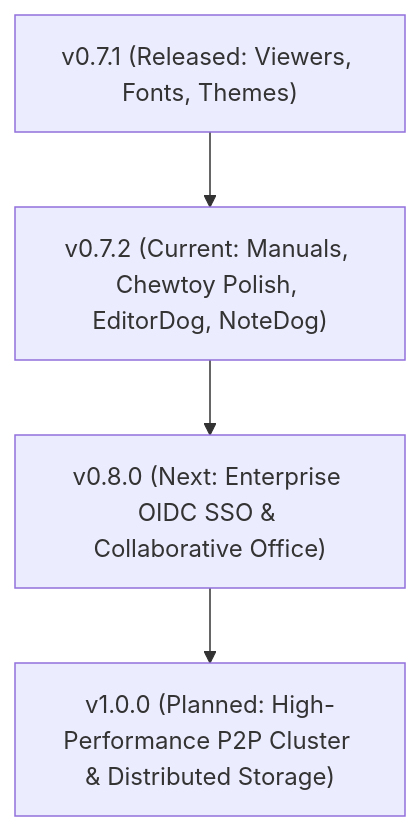
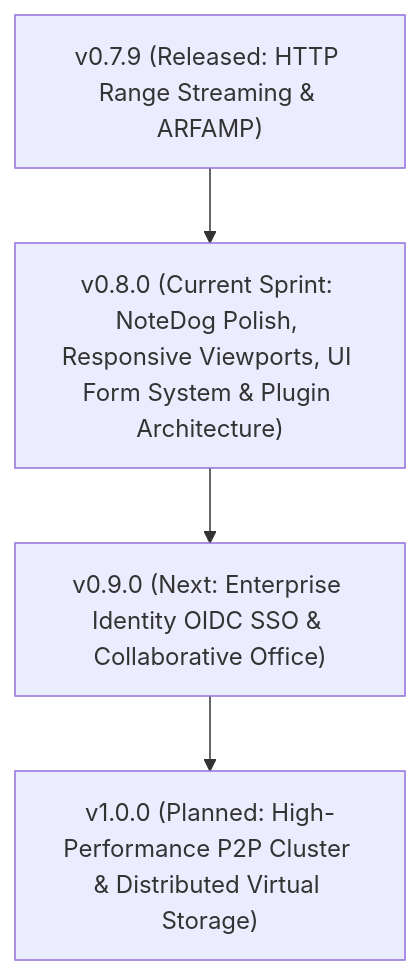
Before and after one commit to Woofson/brum: the diagram in ROADMAP.md, drawn with Mermaid. The commit also changed other lines of this file and 2 other files, not shown here.

Commit message:
docs: sync roadmap, wishlist and task backlog with github issues

````diff
--- a/ROADMAP.md
+++ b/ROADMAP.md
@@ -89,6 +89,6 @@
 ```mermaid
 graph TD
-    A["v0.7.1 (Released: Viewers, Fonts, Themes)"] --> B["v0.7.2 (Current: Manuals, Chewtoy Polish, EditorDog, NoteDog)"]
-    B --> C["v0.8.0 (Next: Enterprise OIDC SSO & Collaborative Office)"]
-    C --> D["v1.0.0 (Planned: High-Performance P2P Cluster & Distributed Storage)"]
+    A["v0.7.9 (Released: HTTP Range Streaming & ARFAMP)"] --> B["v0.8.0 (Current Sprint: NoteDog Polish, Responsive Viewports, UI Form System & Plugin Architecture)"]
+    B --> C["v0.9.0 (Next: Enterprise Identity OIDC SSO & Collaborative Office)"]
+    C --> D["v1.0.0 (Planned: High-Performance P2P Cluster & Distributed Virtual Storage)"]
 ```
````
